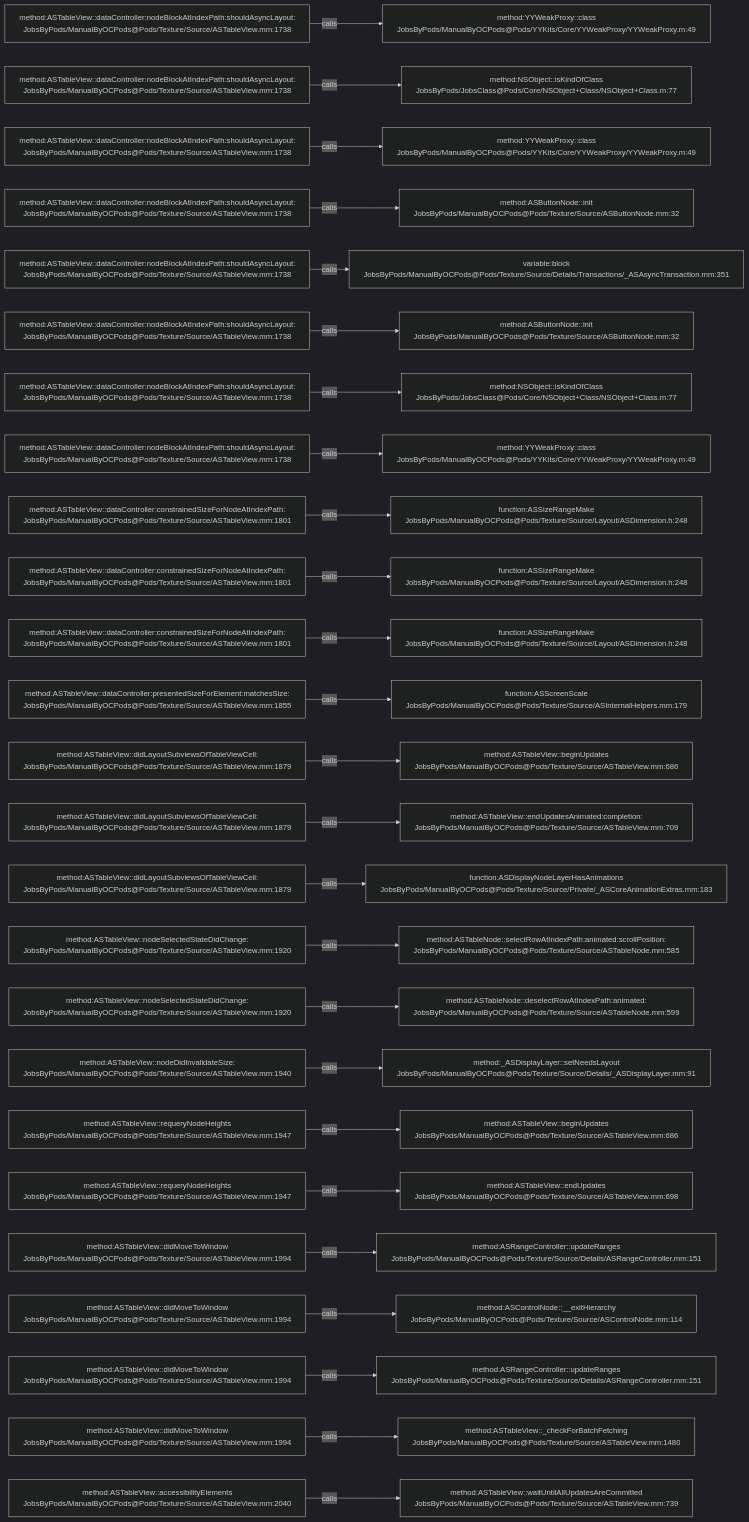
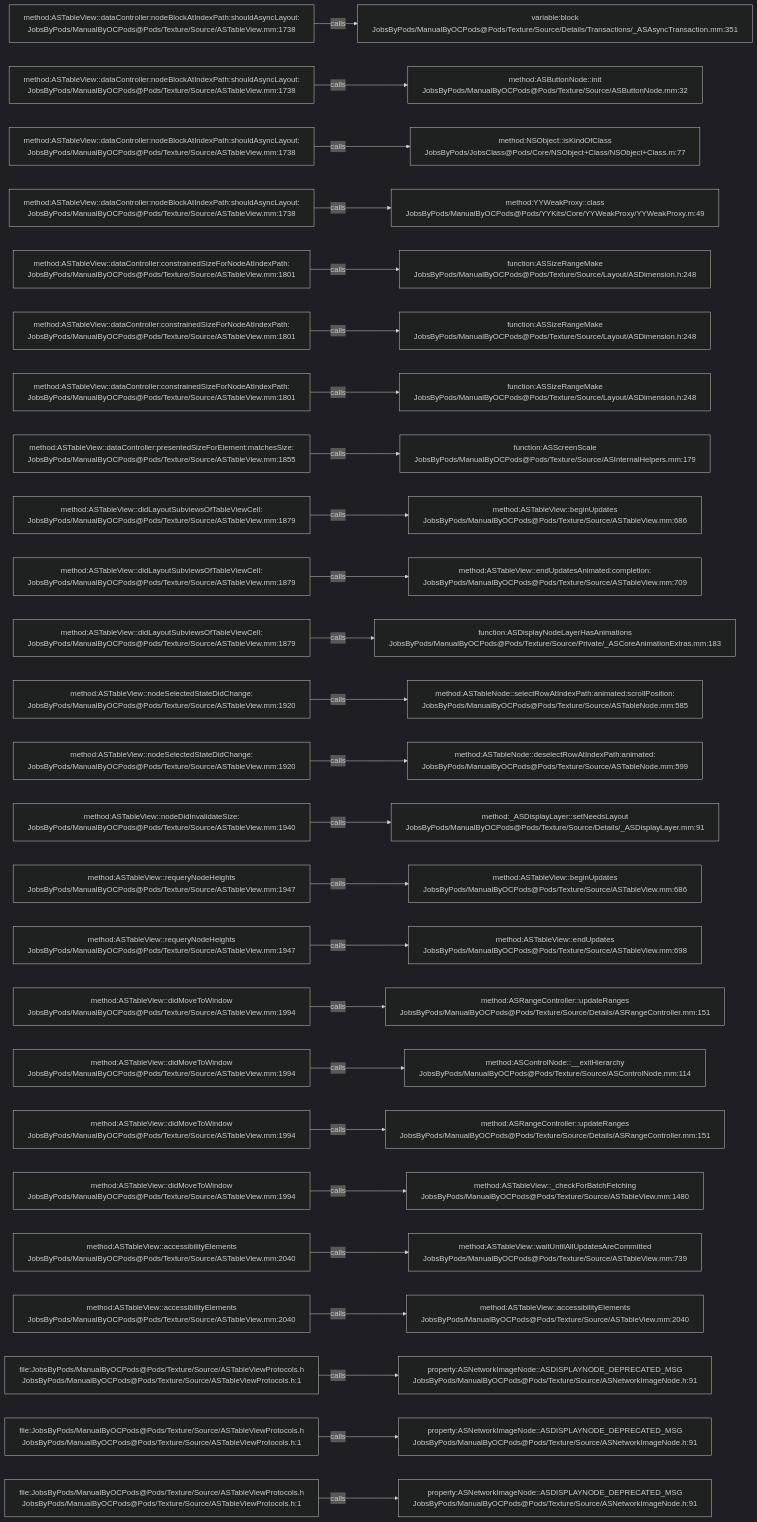
The diagram in .codegraph/codegraph.md/graphs/calls-129.md (JobsKits/JobsOCBaseConfigDemo), drawn with Mermaid (dark theme) before and after one commit. The commit also changed 727 other files, not shown here.

````diff
--- a/.codegraph/codegraph.md/graphs/calls-129.md
+++ b/.codegraph/codegraph.md/graphs/calls-129.md
@@ -13,78 +13,78 @@
 ```mermaid
 flowchart LR
   S1["method:ASTableView::dataController:nodeBlockAtIndexPath:shouldAsyncLayout:<br/>JobsByPods/ManualByOCPods@Pods/Texture/Source/ASTableView.mm:1738"]
-  T1["method:YYWeakProxy::class<br/>JobsByPods/ManualByOCPods@Pods/YYKits/Core/YYWeakProxy/YYWeakProxy.m:49"]
+  T1["variable:block<br/>JobsByPods/ManualByOCPods@Pods/Texture/Source/Details/Transactions/_ASAsyncTransaction.mm:351"]
   S1 -->|calls| T1
   S2["method:ASTableView::dataController:nodeBlockAtIndexPath:shouldAsyncLayout:<br/>JobsByPods/ManualByOCPods@Pods/Texture/Source/ASTableView.mm:1738"]
-  T2["method:NSObject::isKindOfClass<br/>JobsByPods/JobsClass@Pods/Core/NSObject+Class/NSObject+Class.m:77"]
+  T2["method:ASButtonNode::init<br/>JobsByPods/ManualByOCPods@Pods/Texture/Source/ASButtonNode.mm:32"]
   S2 -->|calls| T2
   S3["method:ASTableView::dataController:nodeBlockAtIndexPath:shouldAsyncLayout:<br/>JobsByPods/ManualByOCPods@Pods/Texture/Source/ASTableView.mm:1738"]
-  T3["method:YYWeakProxy::class<br/>JobsByPods/ManualByOCPods@Pods/YYKits/Core/YYWeakProxy/YYWeakProxy.m:49"]
+  T3["method:NSObject::isKindOfClass<br/>JobsByPods/JobsClass@Pods/Core/NSObject+Class/NSObject+Class.m:77"]
   S3 -->|calls| T3
   S4["method:ASTableView::dataController:nodeBlockAtIndexPath:shouldAsyncLayout:<br/>JobsByPods/ManualByOCPods@Pods/Texture/Source/ASTableView.mm:1738"]
-  T4["method:ASButtonNode::init<br/>JobsByPods/ManualByOCPods@Pods/Texture/Source/ASButtonNode.mm:32"]
+  T4["method:YYWeakProxy::class<br/>JobsByPods/ManualByOCPods@Pods/YYKits/Core/YYWeakProxy/YYWeakProxy.m:49"]
   S4 -->|calls| T4
-  S5["method:ASTableView::dataController:nodeBlockAtIndexPath:shouldAsyncLayout:<br/>JobsByPods/ManualByOCPods@Pods/Texture/Source/ASTableView.mm:1738"]
-  T5["variable:block<br/>JobsByPods/ManualByOCPods@Pods/Texture/Source/Details/Transactions/_ASAsyncTransaction.mm:351"]
+  S5["method:ASTableView::dataController:constrainedSizeForNodeAtIndexPath:<br/>JobsByPods/ManualByOCPods@Pods/Texture/Source/ASTableView.mm:1801"]
+  T5["function:ASSizeRangeMake<br/>JobsByPods/ManualByOCPods@Pods/Texture/Source/Layout/ASDimension.h:248"]
   S5 -->|calls| T5
-  S6["method:ASTableView::dataController:nodeBlockAtIndexPath:shouldAsyncLayout:<br/>JobsByPods/ManualByOCPods@Pods/Texture/Source/ASTableView.mm:1738"]
-  T6["method:ASButtonNode::init<br/>JobsByPods/ManualByOCPods@Pods/Texture/Source/ASButtonNode.mm:32"]
+  S6["method:ASTableView::dataController:constrainedSizeForNodeAtIndexPath:<br/>JobsByPods/ManualByOCPods@Pods/Texture/Source/ASTableView.mm:1801"]
+  T6["function:ASSizeRangeMake<br/>JobsByPods/ManualByOCPods@Pods/Texture/Source/Layout/ASDimension.h:248"]
   S6 -->|calls| T6
-  S7["method:ASTableView::dataController:nodeBlockAtIndexPath:shouldAsyncLayout:<br/>JobsByPods/ManualByOCPods@Pods/Texture/Source/ASTableView.mm:1738"]
-  T7["method:NSObject::isKindOfClass<br/>JobsByPods/JobsClass@Pods/Core/NSObject+Class/NSObject+Class.m:77"]
+  S7["method:ASTableView::dataController:constrainedSizeForNodeAtIndexPath:<br/>JobsByPods/ManualByOCPods@Pods/Texture/Source/ASTableView.mm:1801"]
+  T7["function:ASSizeRangeMake<br/>JobsByPods/ManualByOCPods@Pods/Texture/Source/Layout/ASDimension.h:248"]
   S7 -->|calls| T7
-  S8["method:ASTableView::dataController:nodeBlockAtIndexPath:shouldAsyncLayout:<br/>JobsByPods/ManualByOCPods@Pods/Texture/Source/ASTableView.mm:1738"]
-  T8["method:YYWeakProxy::class<br/>JobsByPods/ManualByOCPods@Pods/YYKits/Core/YYWeakProxy/YYWeakProxy.m:49"]
+  S8["method:ASTableView::dataController:presentedSizeForElement:matchesSize:<br/>JobsByPods/ManualByOCPods@Pods/Texture/Source/ASTableView.mm:1855"]
+  T8["function:ASScreenScale<br/>JobsByPods/ManualByOCPods@Pods/Texture/Source/ASInternalHelpers.mm:179"]
   S8 -->|calls| T8
-  S9["method:ASTableView::dataController:constrainedSizeForNodeAtIndexPath:<br/>JobsByPods/ManualByOCPods@Pods/Texture/Source/ASTableView.mm:1801"]
-  T9["function:ASSizeRangeMake<br/>JobsByPods/ManualByOCPods@Pods/Texture/Source/Layout/ASDimension.h:248"]
+  S9["method:ASTableView::didLayoutSubviewsOfTableViewCell:<br/>JobsByPods/ManualByOCPods@Pods/Texture/Source/ASTableView.mm:1879"]
+  T9["method:ASTableView::beginUpdates<br/>JobsByPods/ManualByOCPods@Pods/Texture/Source/ASTableView.mm:686"]
   S9 -->|calls| T9
-  S10["method:ASTableView::dataController:constrainedSizeForNodeAtIndexPath:<br/>JobsByPods/ManualByOCPods@Pods/Texture/Source/ASTableView.mm:1801"]
-  T10["function:ASSizeRangeMake<br/>JobsByPods/ManualByOCPods@Pods/Texture/Source/Layout/ASDimension.h:248"]
+  S10["method:ASTableView::didLayoutSubviewsOfTableViewCell:<br/>JobsByPods/ManualByOCPods@Pods/Texture/Source/ASTableView.mm:1879"]
+  T10["method:ASTableView::endUpdatesAnimated:completion:<br/>JobsByPods/ManualByOCPods@Pods/Texture/Source/ASTableView.mm:709"]
   S10 -->|calls| T10
-  S11["method:ASTableView::dataController:constrainedSizeForNodeAtIndexPath:<br/>JobsByPods/ManualByOCPods@Pods/Texture/Source/ASTableView.mm:1801"]
-  T11["function:ASSizeRangeMake<br/>JobsByPods/ManualByOCPods@Pods/Texture/Source/Layout/ASDimension.h:248"]
+  S11["method:ASTableView::didLayoutSubviewsOfTableViewCell:<br/>JobsByPods/ManualByOCPods@Pods/Texture/Source/ASTableView.mm:1879"]
+  T11["function:ASDisplayNodeLayerHasAnimations<br/>JobsByPods/ManualByOCPods@Pods/Texture/Source/Private/_ASCoreAnimationExtras.mm:183"]
   S11 -->|calls| T11
-  S12["method:ASTableView::dataController:presentedSizeForElement:matchesSize:<br/>JobsByPods/ManualByOCPods@Pods/Texture/Source/ASTableView.mm:1855"]
-  T12["function:ASScreenScale<br/>JobsByPods/ManualByOCPods@Pods/Texture/Source/ASInternalHelpers.mm:179"]
+  S12["method:ASTableView::nodeSelectedStateDidChange:<br/>JobsByPods/ManualByOCPods@Pods/Texture/Source/ASTableView.mm:1920"]
+  T12["method:ASTableNode::selectRowAtIndexPath:animated:scrollPosition:<br/>JobsByPods/ManualByOCPods@Pods/Texture/Source/ASTableNode.mm:585"]
   S12 -->|calls| T12
-  S13["method:ASTableView::didLayoutSubviewsOfTableViewCell:<br/>JobsByPods/ManualByOCPods@Pods/Texture/Source/ASTableView.mm:1879"]
-  T13["method:ASTableView::beginUpdates<br/>JobsByPods/ManualByOCPods@Pods/Texture/Source/ASTableView.mm:686"]
+  S13["method:ASTableView::nodeSelectedStateDidChange:<br/>JobsByPods/ManualByOCPods@Pods/Texture/Source/ASTableView.mm:1920"]
+  T13["method:ASTableNode::deselectRowAtIndexPath:animated:<br/>JobsByPods/ManualByOCPods@Pods/Texture/Source/ASTableNode.mm:599"]
   S13 -->|calls| T13
-  S14["method:ASTableView::didLayoutSubviewsOfTableViewCell:<br/>JobsByPods/ManualByOCPods@Pods/Texture/Source/ASTableView.mm:1879"]
-  T14["method:ASTableView::endUpdatesAnimated:completion:<br/>JobsByPods/ManualByOCPods@Pods/Texture/Source/ASTableView.mm:709"]
+  S14["method:ASTableView::nodeDidInvalidateSize:<br/>JobsByPods/ManualByOCPods@Pods/Texture/Source/ASTableView.mm:1940"]
+  T14["method:_ASDisplayLayer::setNeedsLayout<br/>JobsByPods/ManualByOCPods@Pods/Texture/Source/Details/_ASDisplayLayer.mm:91"]
   S14 -->|calls| T14
-  S15["method:ASTableView::didLayoutSubviewsOfTableViewCell:<br/>JobsByPods/ManualByOCPods@Pods/Texture/Source/ASTableView.mm:1879"]
-  T15["function:ASDisplayNodeLayerHasAnimations<br/>JobsByPods/ManualByOCPods@Pods/Texture/Source/Private/_ASCoreAnimationExtras.mm:183"]
+  S15["method:ASTableView::requeryNodeHeights<br/>JobsByPods/ManualByOCPods@Pods/Texture/Source/ASTableView.mm:1947"]
+  T15["method:ASTableView::beginUpdates<br/>JobsByPods/ManualByOCPods@Pods/Texture/Source/ASTableView.mm:686"]
   S15 -->|calls| T15
-  S16["method:ASTableView::nodeSelectedStateDidChange:<br/>JobsByPods/ManualByOCPods@Pods/Texture/Source/ASTableView.mm:1920"]
-  T16["method:ASTableNode::selectRowAtIndexPath:animated:scrollPosition:<br/>JobsByPods/ManualByOCPods@Pods/Texture/Source/ASTableNode.mm:585"]
+  S16["method:ASTableView::requeryNodeHeights<br/>JobsByPods/ManualByOCPods@Pods/Texture/Source/ASTableView.mm:1947"]
+  T16["method:ASTableView::endUpdates<br/>JobsByPods/ManualByOCPods@Pods/Texture/Source/ASTableView.mm:698"]
   S16 -->|calls| T16
-  S17["method:ASTableView::nodeSelectedStateDidChange:<br/>JobsByPods/ManualByOCPods@Pods/Texture/Source/ASTableView.mm:1920"]
-  T17["method:ASTableNode::deselectRowAtIndexPath:animated:<br/>JobsByPods/ManualByOCPods@Pods/Texture/Source/ASTableNode.mm:599"]
+  S17["method:ASTableView::didMoveToWindow<br/>JobsByPods/ManualByOCPods@Pods/Texture/Source/ASTableView.mm:1994"]
+  T17["method:ASRangeController::updateRanges<br/>JobsByPods/ManualByOCPods@Pods/Texture/Source/Details/ASRangeController.mm:151"]
   S17 -->|calls| T17
-  S18["method:ASTableView::nodeDidInvalidateSize:<br/>JobsByPods/ManualByOCPods@Pods/Texture/Source/ASTableView.mm:1940"]
-  T18["method:_ASDisplayLayer::setNeedsLayout<br/>JobsByPods/ManualByOCPods@Pods/Texture/Source/Details/_ASDisplayLayer.mm:91"]
+  S18["method:ASTableView::didMoveToWindow<br/>JobsByPods/ManualByOCPods@Pods/Texture/Source/ASTableView.mm:1994"]
+  T18["method:ASControlNode::__exitHierarchy<br/>JobsByPods/ManualByOCPods@Pods/Texture/Source/ASControlNode.mm:114"]
   S18 -->|calls| T18
-  S19["method:ASTableView::requeryNodeHeights<br/>JobsByPods/ManualByOCPods@Pods/Texture/Source/ASTableView.mm:1947"]
-  T19["method:ASTableView::beginUpdates<br/>JobsByPods/ManualByOCPods@Pods/Texture/Source/ASTableView.mm:686"]
+  S19["method:ASTableView::didMoveToWindow<br/>JobsByPods/ManualByOCPods@Pods/Texture/Source/ASTableView.mm:1994"]
+  T19["method:ASRangeController::updateRanges<br/>JobsByPods/ManualByOCPods@Pods/Texture/Source/Details/ASRangeController.mm:151"]
   S19 -->|calls| T19
-  S20["method:ASTableView::requeryNodeHeights<br/>JobsByPods/ManualByOCPods@Pods/Texture/Source/ASTableView.mm:1947"]
-  T20["method:ASTableView::endUpdates<br/>JobsByPods/ManualByOCPods@Pods/Texture/Source/ASTableView.mm:698"]
+  S20["method:ASTableView::didMoveToWindow<br/>JobsByPods/ManualByOCPods@Pods/Texture/Source/ASTableView.mm:1994"]
+  T20["method:ASTableView::_checkForBatchFetching<br/>JobsByPods/ManualByOCPods@Pods/Texture/Source/ASTableView.mm:1480"]
   S20 -->|calls| T20
-  S21["method:ASTableView::didMoveToWindow<br/>JobsByPods/ManualByOCPods@Pods/Texture/Source/ASTableView.mm:1994"]
-  T21["method:ASRangeController::updateRanges<br/>JobsByPods/ManualByOCPods@Pods/Texture/Source/Details/ASRangeController.mm:151"]
+  S21["method:ASTableView::accessibilityElements<br/>JobsByPods/ManualByOCPods@Pods/Texture/Source/ASTableView.mm:2040"]
+  T21["method:ASTableView::waitUntilAllUpdatesAreCommitted<br/>JobsByPods/ManualByOCPods@Pods/Texture/Source/ASTableView.mm:739"]
   S21 -->|calls| T21
-  S22["method:ASTableView::didMoveToWindow<br/>JobsByPods/ManualByOCPods@Pods/Texture/Source/ASTableView.mm:1994"]
-  T22["method:ASControlNode::__exitHierarchy<br/>JobsByPods/ManualByOCPods@Pods/Texture/Source/ASControlNode.mm:114"]
+  S22["method:ASTableView::accessibilityElements<br/>JobsByPods/ManualByOCPods@Pods/Texture/Source/ASTableView.mm:2040"]
+  T22["method:ASTableView::accessibilityElements<br/>JobsByPods/ManualByOCPods@Pods/Texture/Source/ASTableView.mm:2040"]
   S22 -->|calls| T22
-  S23["method:ASTableView::didMoveToWindow<br/>JobsByPods/ManualByOCPods@Pods/Texture/Source/ASTableView.mm:1994"]
-  T23["method:ASRangeController::updateRanges<br/>JobsByPods/ManualByOCPods@Pods/Texture/Source/Details/ASRangeController.mm:151"]
+  S23["file:JobsByPods/ManualByOCPods@Pods/Texture/Source/ASTableViewProtocols.h<br/>JobsByPods/ManualByOCPods@Pods/Texture/Source/ASTableViewProtocols.h:1"]
+  T23["property:ASNetworkImageNode::ASDISPLAYNODE_DEPRECATED_MSG<br/>JobsByPods/ManualByOCPods@Pods/Texture/Source/ASNetworkImageNode.h:91"]
   S23 -->|calls| T23
-  S24["method:ASTableView::didMoveToWindow<br/>JobsByPods/ManualByOCPods@Pods/Texture/Source/ASTableView.mm:1994"]
-  T24["method:ASTableView::_checkForBatchFetching<br/>JobsByPods/ManualByOCPods@Pods/Texture/Source/ASTableView.mm:1480"]
+  S24["file:JobsByPods/ManualByOCPods@Pods/Texture/Source/ASTableViewProtocols.h<br/>JobsByPods/ManualByOCPods@Pods/Texture/Source/ASTableViewProtocols.h:1"]
+  T24["property:ASNetworkImageNode::ASDISPLAYNODE_DEPRECATED_MSG<br/>JobsByPods/ManualByOCPods@Pods/Texture/Source/ASNetworkImageNode.h:91"]
   S24 -->|calls| T24
-  S25["method:ASTableView::accessibilityElements<br/>JobsByPods/ManualByOCPods@Pods/Texture/Source/ASTableView.mm:2040"]
-  T25["method:ASTableView::waitUntilAllUpdatesAreCommitted<br/>JobsByPods/ManualByOCPods@Pods/Texture/Source/ASTableView.mm:739"]
+  S25["file:JobsByPods/ManualByOCPods@Pods/Texture/Source/ASTableViewProtocols.h<br/>JobsByPods/ManualByOCPods@Pods/Texture/Source/ASTableViewProtocols.h:1"]
+  T25["property:ASNetworkImageNode::ASDISPLAYNODE_DEPRECATED_MSG<br/>JobsByPods/ManualByOCPods@Pods/Texture/Source/ASNetworkImageNode.h:91"]
   S25 -->|calls| T25
 ```
````
